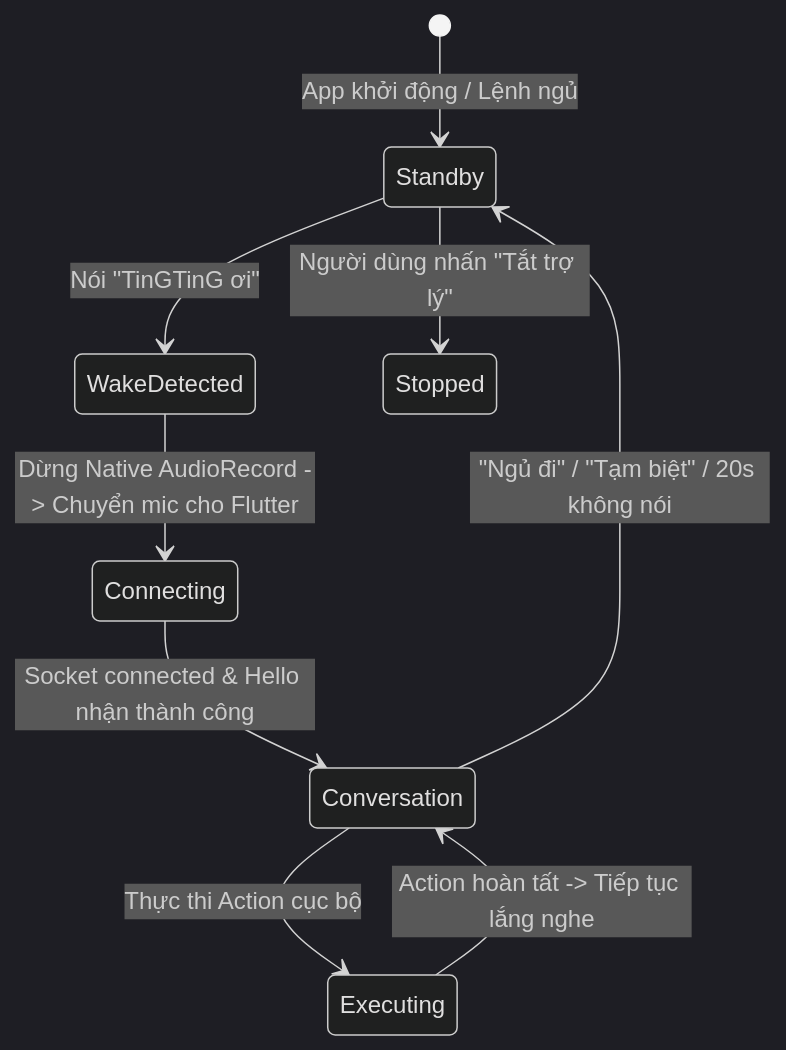
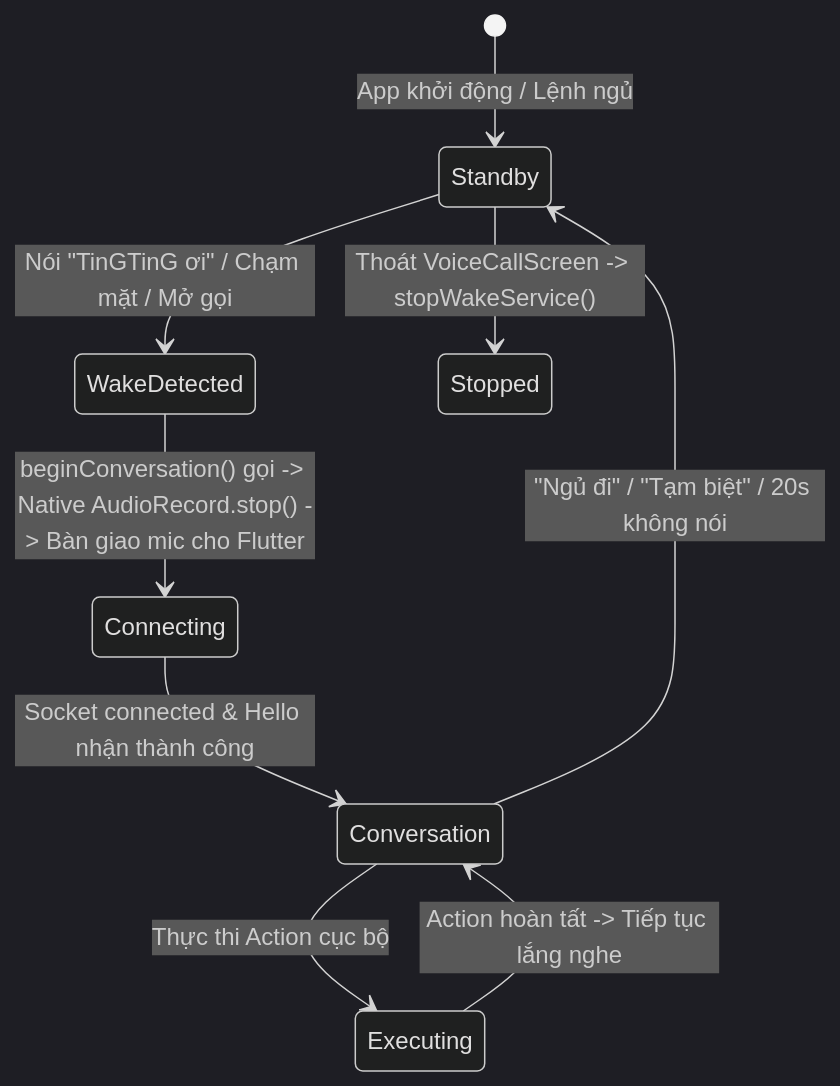
The diagram in docs/WAKE_WORD_MODEL.md (dinhviethoang/dvtbot-app), drawn with Mermaid (dark theme) before and after one commit. The commit also changed other lines of this file and 10 other files, not shown here.

````diff
--- a/docs/WAKE_WORD_MODEL.md
+++ b/docs/WAKE_WORD_MODEL.md
@@ -49,11 +56,11 @@
 ```mermaid
 stateDiagram-v2
     [*] --> Standby: App khởi động / Lệnh ngủ
-    Standby --> WakeDetected: Nói "TinGTinG ơi"
-    WakeDetected --> Connecting: Dừng Native AudioRecord -> Chuyển mic cho Flutter
+    Standby --> WakeDetected: Nói "TinGTinG ơi" / Chạm mặt / Mở gọi
+    WakeDetected --> Connecting: beginConversation() gọi -> Native AudioRecord.stop() -> Bàn giao mic cho Flutter
     Connecting --> Conversation: Socket connected & Hello nhận thành công
     Conversation --> Executing: Thực thi Action cục bộ
     Executing --> Conversation: Action hoàn tất -> Tiếp tục lắng nghe
     Conversation --> Standby: "Ngủ đi" / "Tạm biệt" / 20s không nói
-    Standby --> Stopped: Người dùng nhấn "Tắt trợ lý"
+    Standby --> Stopped: Thoát VoiceCallScreen -> stopWakeService()
 ```
````
